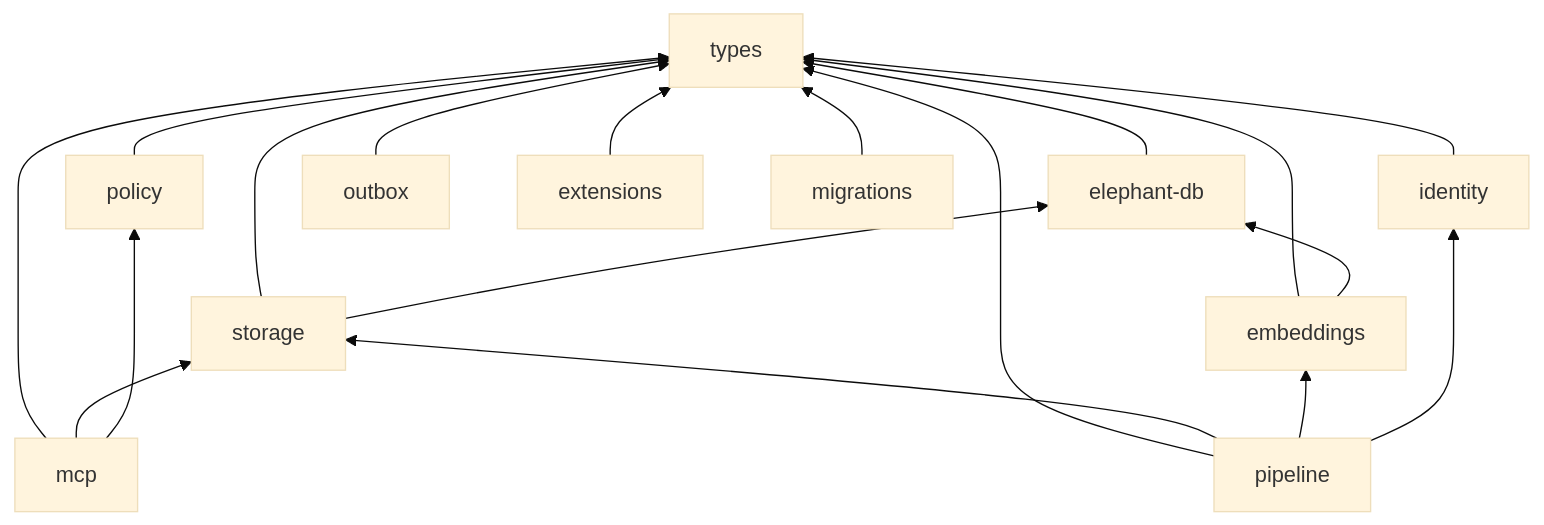
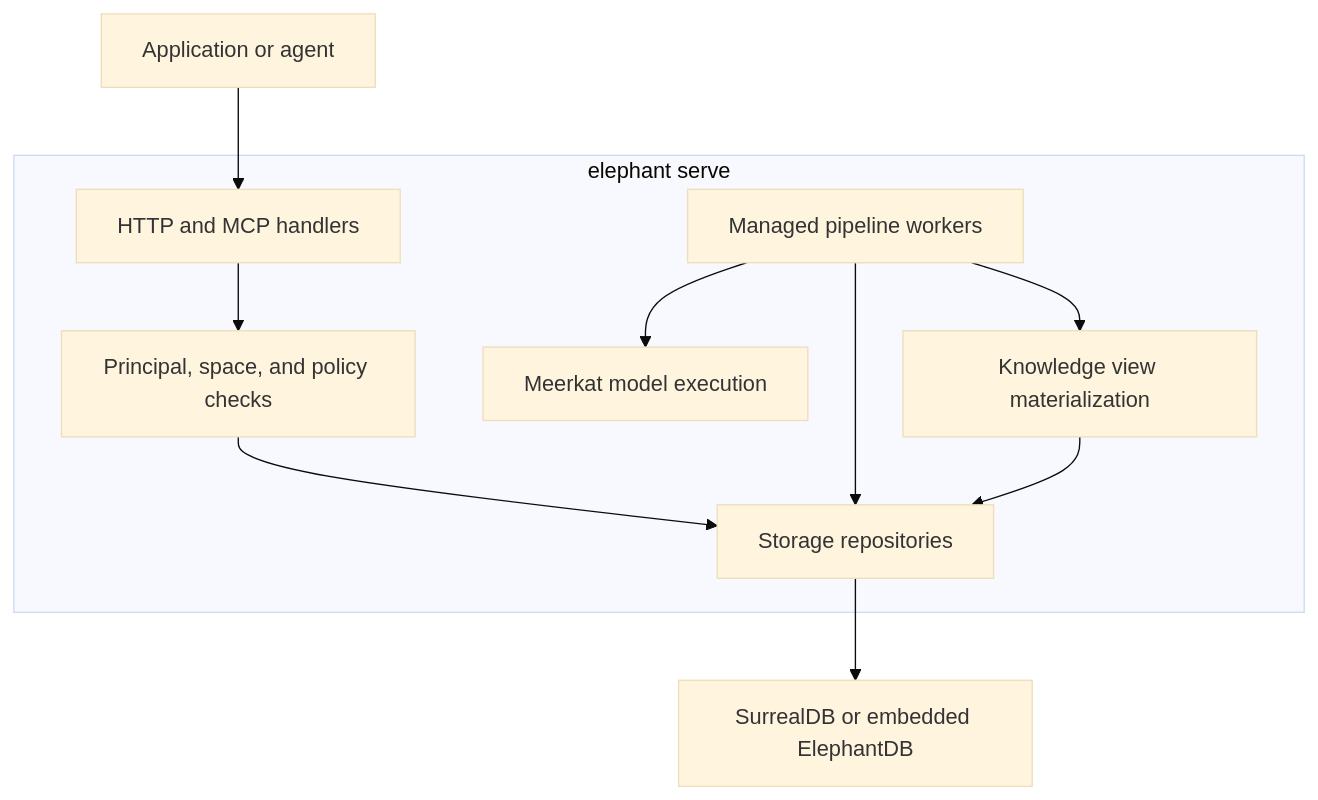
The diagram in docs/architecture/overview.mdx (lukacf/meerkat-recall), drawn with Mermaid (base theme) before and after one commit. The commit also changed other lines of this file and 47 other files, not shown here.

````diff
--- a/docs/architecture/overview.mdx
+++ b/docs/architecture/overview.mdx
@@ -95,32 +16,13 @@
 ```mermaid
-graph BT
-    types["types"]
-    elephant_db["elephant-db"]
-    storage["storage"]
-    policy["policy"]
-    identity["identity"]
-    outbox["outbox"]
-    embeddings["embeddings"]
-    pipeline["pipeline"]
-    mcp["mcp"]
-    extensions["extensions"]
-    migrations["migrations"]
-
-    elephant_db --> types
-    storage --> types
-    storage --> elephant_db
-    policy --> types
-    identity --> types
-    outbox --> types
-    embeddings --> types
-    embeddings --> elephant_db
-    extensions --> types
-    migrations --> types
-    mcp --> types
-    mcp --> storage
-    mcp --> policy
-    pipeline --> types
-    pipeline --> storage
-    pipeline --> embeddings
-    pipeline --> identity
+flowchart TD
+    Client["Application or agent"] --> API["HTTP and MCP handlers"]
+    subgraph Runtime["elephant serve"]
+        API --> Policy["Principal, space, and policy checks"]
+        Policy --> Repos["Storage repositories"]
+        Workers["Managed pipeline workers"] --> Repos
+        Workers --> Models["Meerkat model execution"]
+        Workers --> Views["Knowledge view materialization"]
+        Views --> Repos
+    end
+    Repos --> Store["SurrealDB or embedded ElephantDB"]
 ```
````
